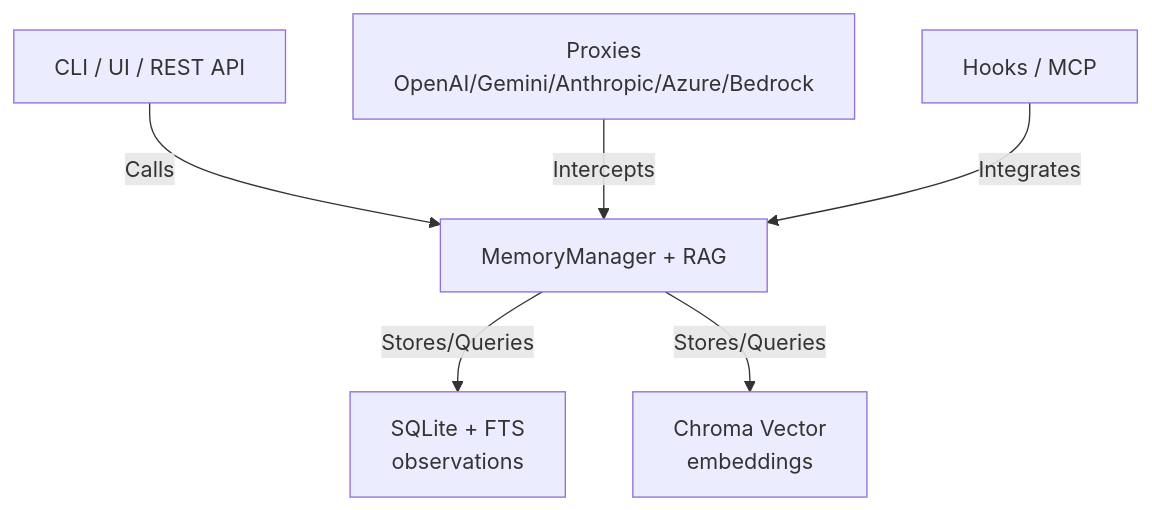
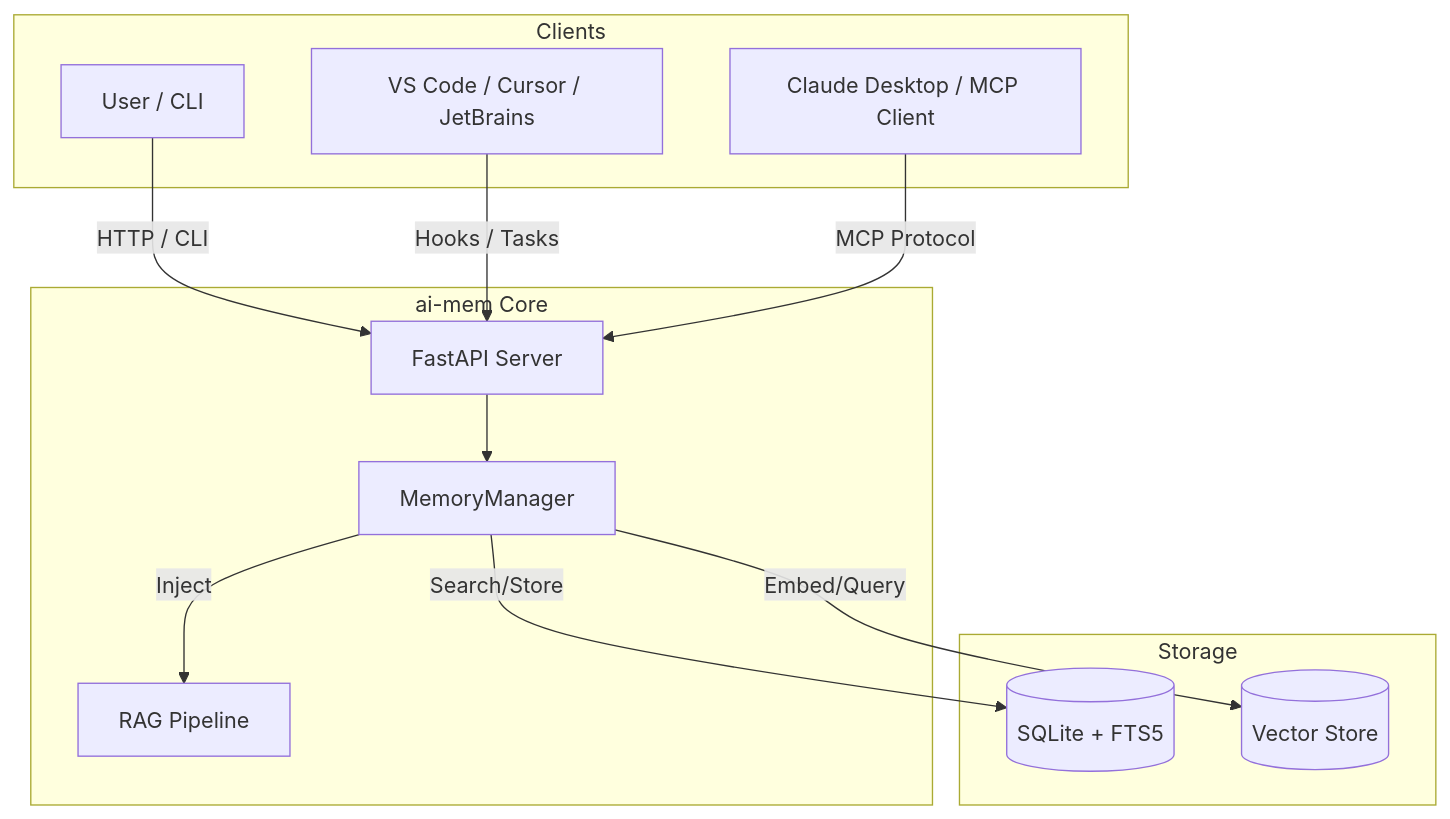
Before and after one commit to hyukudan/ai-mem: the second of 3 diagrams in docs/architecture.md, drawn with Mermaid. The commit also changed other lines of this file and 3 other files, not shown here.

````diff
--- a/docs/architecture.md
+++ b/docs/architecture.md
@@ -35,9 +55,28 @@
 ```mermaid
 graph TD
-    User[CLI / UI / REST API] --> |Calls| Service[MemoryManager + RAG]
-    Proxy[Proxies<br>OpenAI/Gemini/Anthropic/Azure/Bedrock] --> |Intercepts| Service
-    Hooks[Hooks / MCP] --> |Integrates| Service
+    subgraph Clients
+        User[User / CLI]
+        IDE[VS Code / Cursor / JetBrains]
+        MCP[Claude Desktop / MCP Client]
+    end
 
-    Service --> |Stores/Queries| SQL[SQLite + FTS<br>observations]
-    Service --> |Stores/Queries| Vector[Chroma Vector<br>embeddings]
+    subgraph "ai-mem Core"
+        API[FastAPI Server]
+        MM[MemoryManager]
+        RAG[RAG Pipeline]
+    end
+
+    subgraph Storage
+        SQL[(SQLite + FTS5)]
+        Vec[(Vector Store)]
+    end
+
+    User --> |HTTP / CLI| API
+    IDE --> |Hooks / Tasks| API
+    MCP --> |MCP Protocol| API
+
+    API --> MM
+    MM --> |Search/Store| SQL
+    MM --> |Embed/Query| Vec
+    MM --> |Inject| RAG
 ```
````
